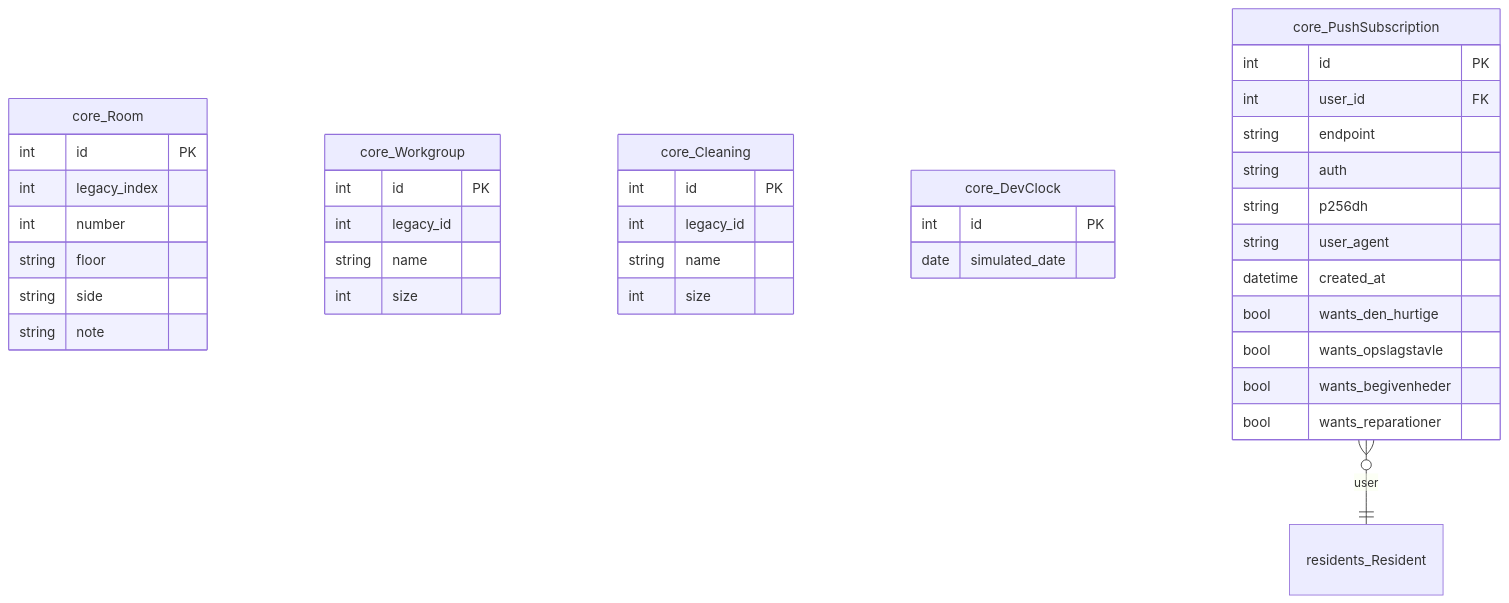
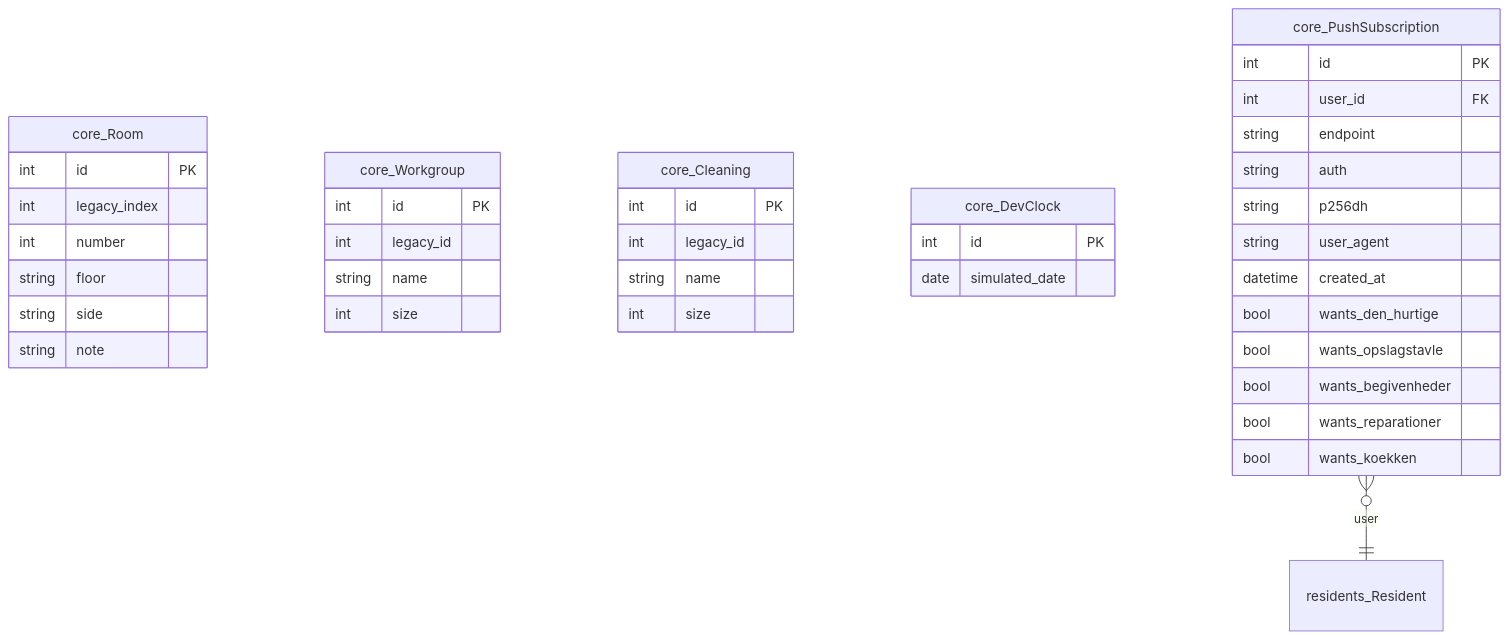
Before and after one commit to GAHK-org/gahk_intern: the sixth of 16 diagrams in docs/erd.md, drawn with Mermaid. The commit also changed other lines of this file and 5 other files, not shown here.

````diff
--- a/docs/erd.md
+++ b/docs/erd.md
@@ -923,48 +948,49 @@
 ```mermaid
 erDiagram
     core_Room {
         int id PK
         int legacy_index
         int number
         string floor
         string side
         string note
     }
 
     core_Workgroup {
         int id PK
         int legacy_id
         string name
         int size
     }
 
     core_Cleaning {
         int id PK
         int legacy_id
         string name
         int size
     }
 
     core_DevClock {
         int id PK
         date simulated_date
     }
 
     core_PushSubscription {
         int id PK
         int user_id FK
         string endpoint
         string auth
         string p256dh
         string user_agent
         datetime created_at
         bool wants_den_hurtige
         bool wants_opslagstavle
         bool wants_begivenheder
         bool wants_reparationer
+        bool wants_koekken
     }
 
     residents_Resident { }
 
     core_PushSubscription }o--|| residents_Resident : "user"
 ```
````
